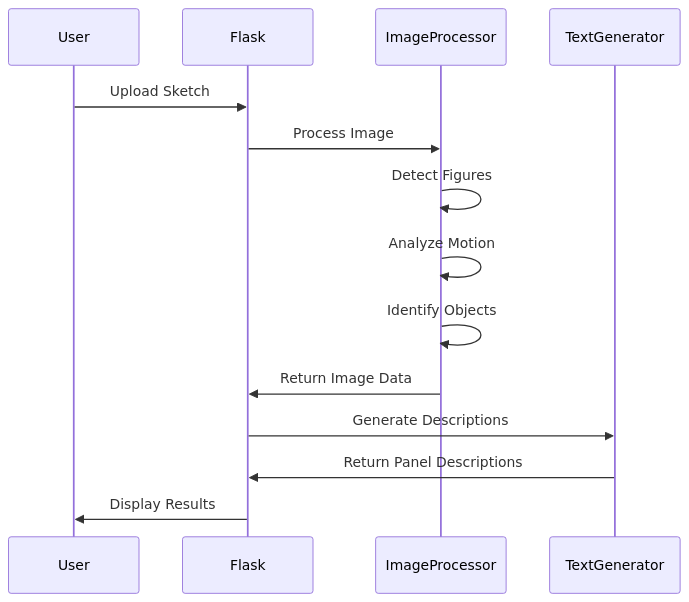
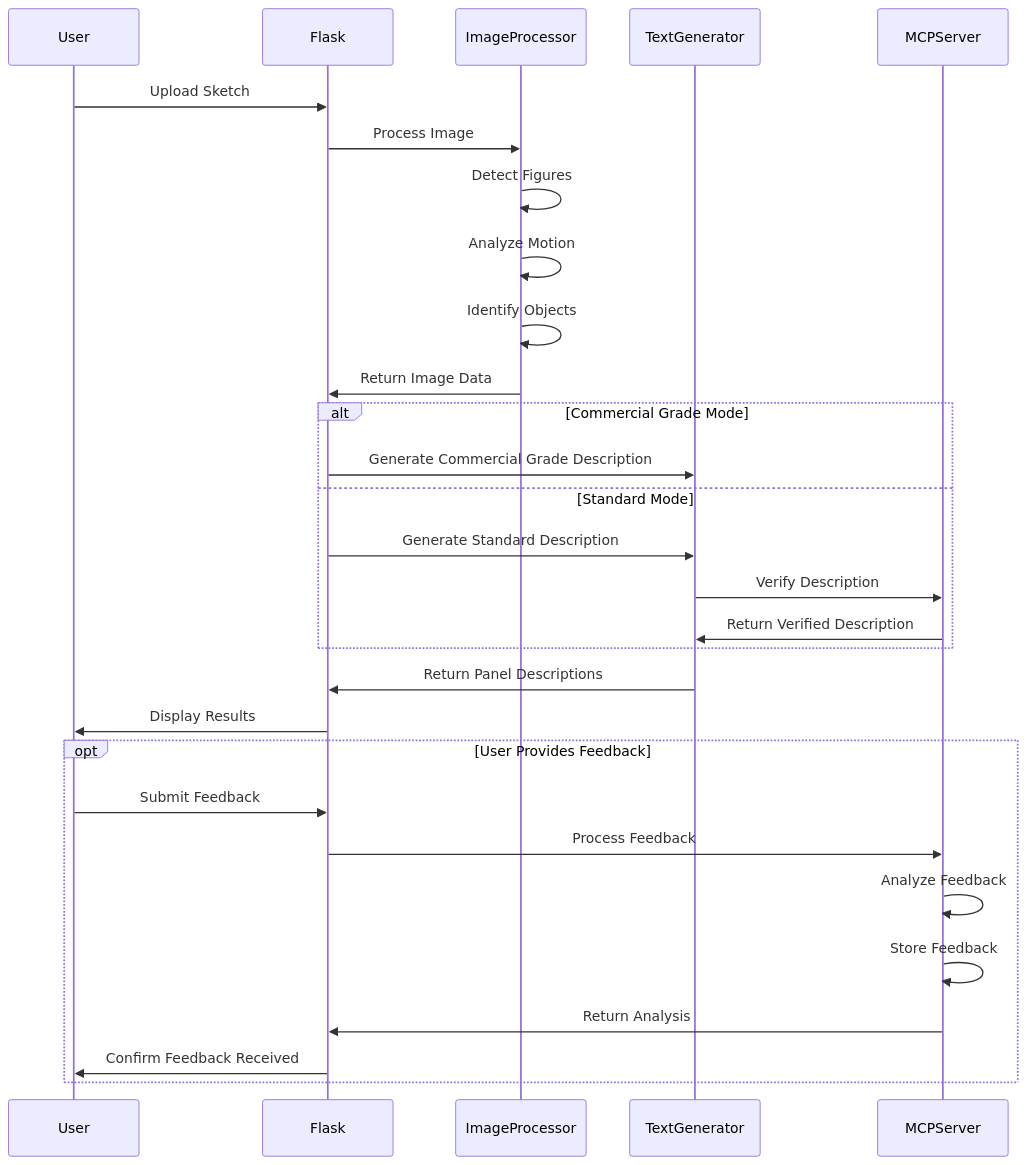
The fourth of 4 diagrams in memory-bank/systemPatterns.md (tayler-id/comic-panel-description-generator), drawn with Mermaid before and after one commit. The commit also changed other lines of this file and 24 other files, not shown here.

````diff
--- a/memory-bank/systemPatterns.md
+++ b/memory-bank/systemPatterns.md
@@ -126,17 +152,35 @@
 ```mermaid
 sequenceDiagram
     participant User
     participant Flask
     participant ImageProcessor
     participant TextGenerator
+    participant MCPServer
     
     User->>Flask: Upload Sketch
     Flask->>ImageProcessor: Process Image
     ImageProcessor->>ImageProcessor: Detect Figures
     ImageProcessor->>ImageProcessor: Analyze Motion
     ImageProcessor->>ImageProcessor: Identify Objects
     ImageProcessor->>Flask: Return Image Data
-    Flask->>TextGenerator: Generate Descriptions
+    
+    alt Commercial Grade Mode
+        Flask->>TextGenerator: Generate Commercial Grade Description
+    else Standard Mode
+        Flask->>TextGenerator: Generate Standard Description
+        TextGenerator->>MCPServer: Verify Description
+        MCPServer->>TextGenerator: Return Verified Description
+    end
+    
     TextGenerator->>Flask: Return Panel Descriptions
     Flask->>User: Display Results
+    
+    opt User Provides Feedback
+        User->>Flask: Submit Feedback
+        Flask->>MCPServer: Process Feedback
+        MCPServer->>MCPServer: Analyze Feedback
+        MCPServer->>MCPServer: Store Feedback
+        MCPServer->>Flask: Return Analysis
+        Flask->>User: Confirm Feedback Received
+    end
 ```
````
